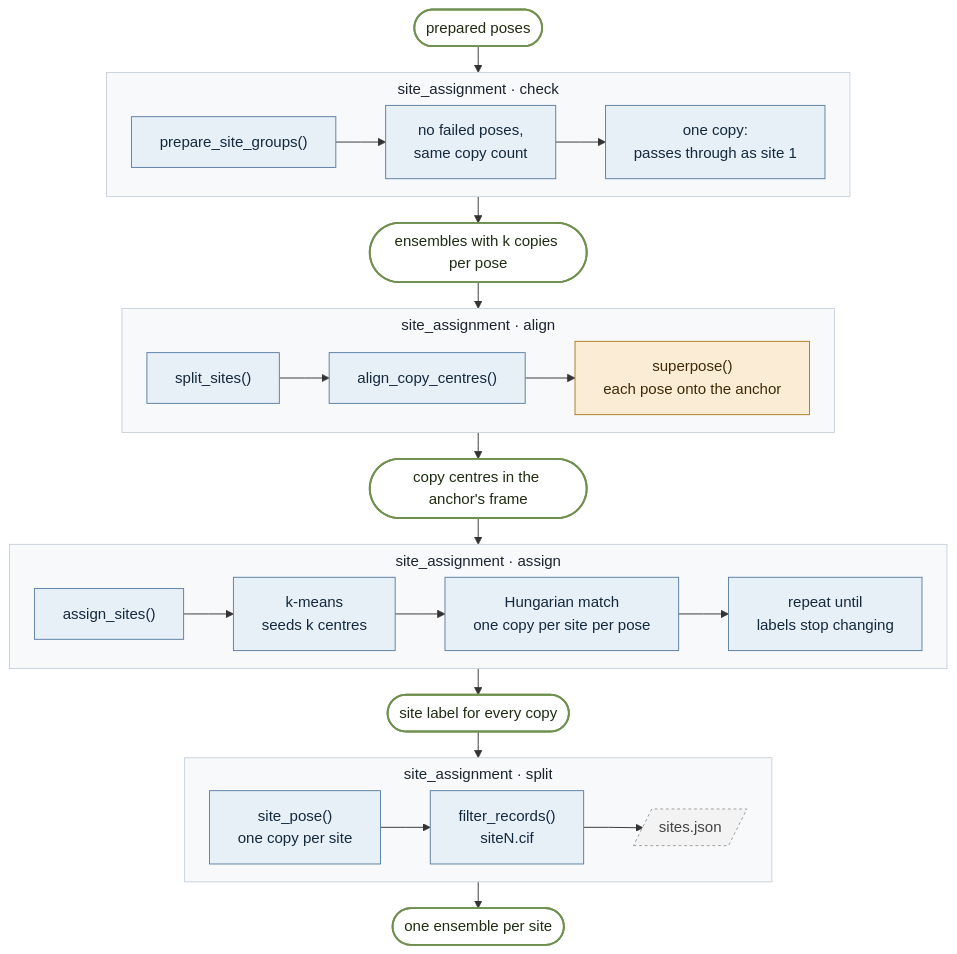
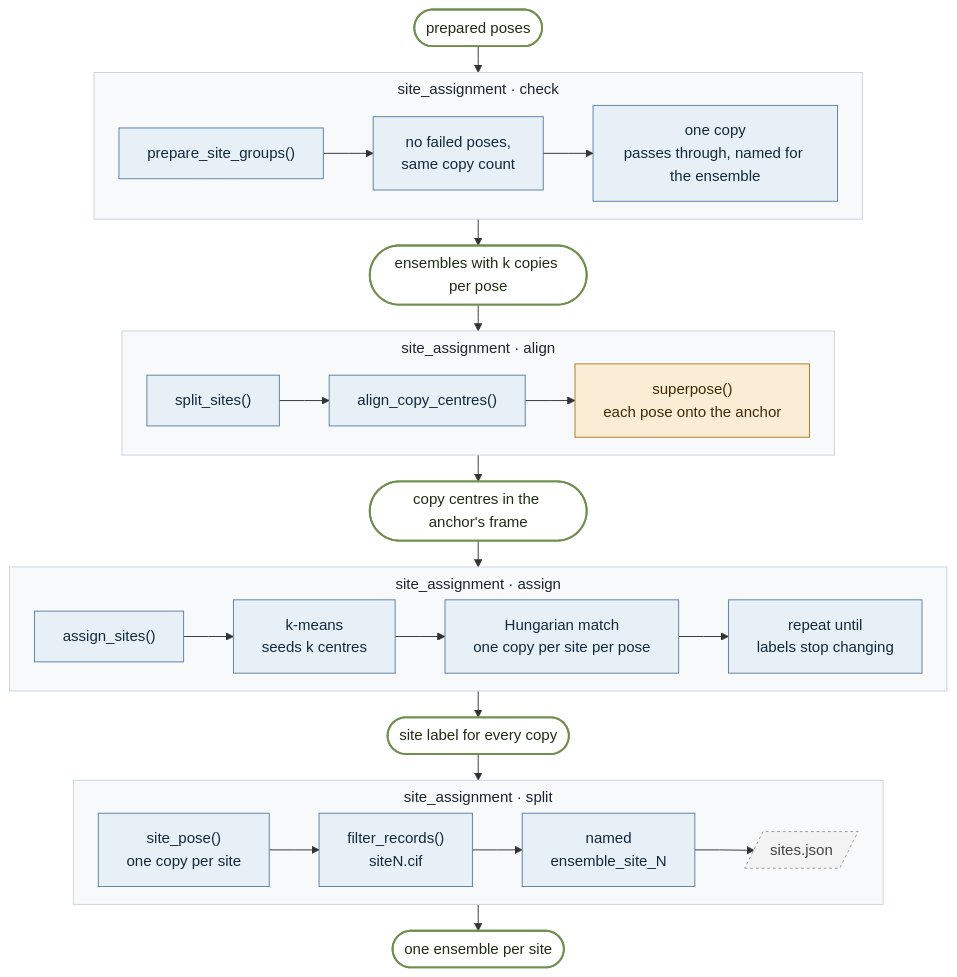
The fifth of 9 diagrams in docs/code-map.md (James-Broster/core-score), drawn with Mermaid before and after one commit. The commit also changed other lines of this file and 47 other files, not shown here.

````diff
--- a/docs/code-map.md
+++ b/docs/code-map.md
@@ -240,39 +243,39 @@
 ```mermaid
 %%{init: {"flowchart": {"curve": "linear", "nodeSpacing": 18, "rankSpacing": 28, "subGraphTitleMargin": {"top": 6, "bottom": 10}}}}%%
 flowchart TB
     classDef fn fill:#e7eff7,stroke:#5b7fa3,color:#13293d
     classDef ost fill:#fbedd5,stroke:#b07a1e,color:#3d2a08
     classDef data fill:#ffffff,stroke:#6f8f4e,color:#1f2d12,stroke-width:2px
     classDef file fill:#f3f3f3,stroke:#9a9a9a,color:#444,stroke-dasharray:3 3
     classDef stage fill:#f7f9fb,stroke:#c9d2dc,color:#1b2430
 
     start(["prepared poses"]):::data
 
     subgraph S1["site_assignment · check"]
         direction LR
-        a1["prepare_site_groups()"]:::fn --> a2["no failed poses,<br/>same copy count"]:::fn --> a3["one copy:<br/>passes through as site 1"]:::fn
+        a1["prepare_site_groups()"]:::fn --> a2["no failed poses,<br/>same copy count"]:::fn --> a3["one copy<br/>passes through, named for the ensemble"]:::fn
     end
     d1(["ensembles with k copies per pose"]):::data
 
     subgraph S2["site_assignment · align"]
         direction LR
         b1["split_sites()"]:::fn --> b2["align_copy_centres()"]:::fn --> b3["superpose()<br/>each pose onto the anchor"]:::ost
     end
     d2(["copy centres in the anchor's frame"]):::data
 
     subgraph S3["site_assignment · assign"]
         direction LR
         c1["assign_sites()"]:::fn --> c2["k-means<br/>seeds k centres"]:::fn --> c3["Hungarian match<br/>one copy per site per pose"]:::fn --> c4["repeat until<br/>labels stop changing"]:::fn
     end
     d3(["site label for every copy"]):::data
 
     subgraph S4["site_assignment · split"]
         direction LR
-        e1["site_pose()<br/>one copy per site"]:::fn --> e2["filter_records()<br/>siteN.cif"]:::fn --> e3[/"sites.json"/]:::file
+        e1["site_pose()<br/>one copy per site"]:::fn --> e2["filter_records()<br/>siteN.cif"]:::fn --> e3["named<br/>ensemble_site_N"]:::fn --> e4[/"sites.json"/]:::file
     end
     d4(["one ensemble per site"]):::data
 
     start --> S1 --> d1 --> S2 --> d2 --> S3 --> d3 --> S4 --> d4
 
     class S1,S2,S3,S4 stage
 ```
````
